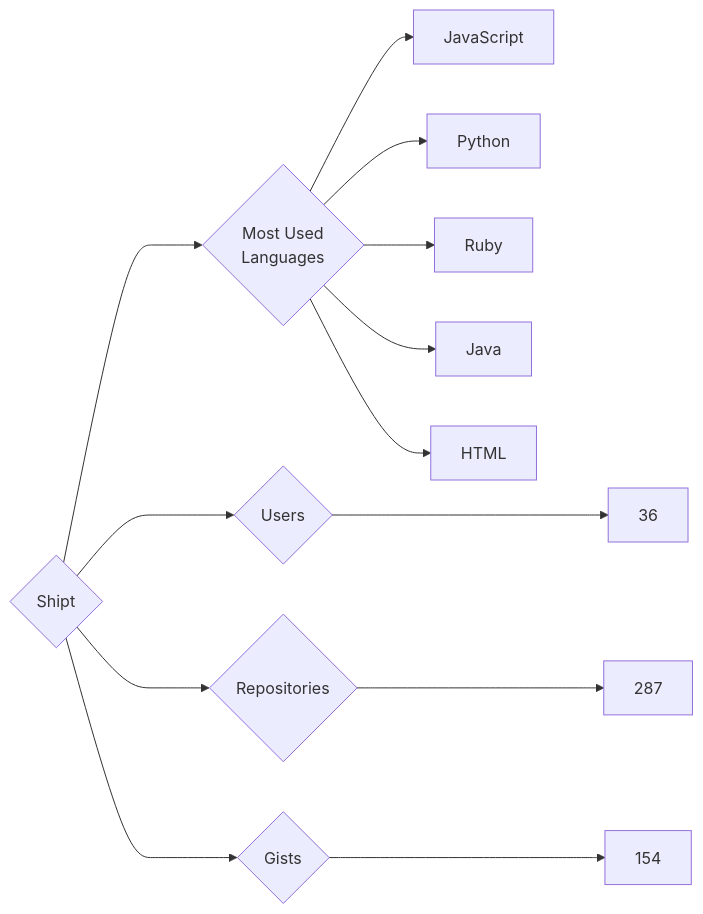
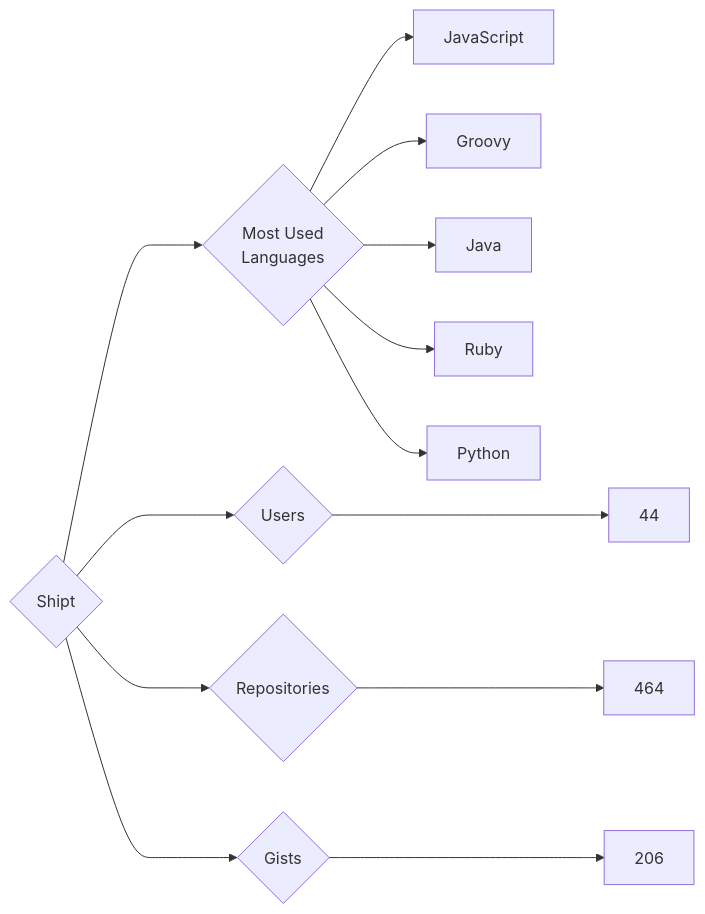
Before and after one commit to trickest/insiders: the diagram in targets/Shipt/README.md, drawn with Mermaid. The commit also changed 1011 other files, not shown here.

````diff
--- a/targets/Shipt/README.md
+++ b/targets/Shipt/README.md
@@ -3,13 +3,13 @@
 ```mermaid
 graph LR
 COMPANY_NAME{Shipt}
-COMPANY_NAME ---> U{Users} ---> UN[36]
-COMPANY_NAME ---> R{Repositories} ---> RN[287]
-COMPANY_NAME ---> G{Gists} ---> GN[154]
+COMPANY_NAME ---> U{Users} ---> UN[44]
+COMPANY_NAME ---> R{Repositories} ---> RN[464]
+COMPANY_NAME ---> G{Gists} ---> GN[206]
 COMPANY_NAME ---> ML{Most Used<br>Languages}
 ML --> JavaScript[JavaScript]
+ML --> Groovy[Groovy]
+ML --> Java[Java]
+ML --> Ruby[Ruby]
 ML --> Python[Python]
-ML --> Ruby[Ruby]
-ML --> Java[Java]
-ML --> HTML[HTML]
 ```
````
